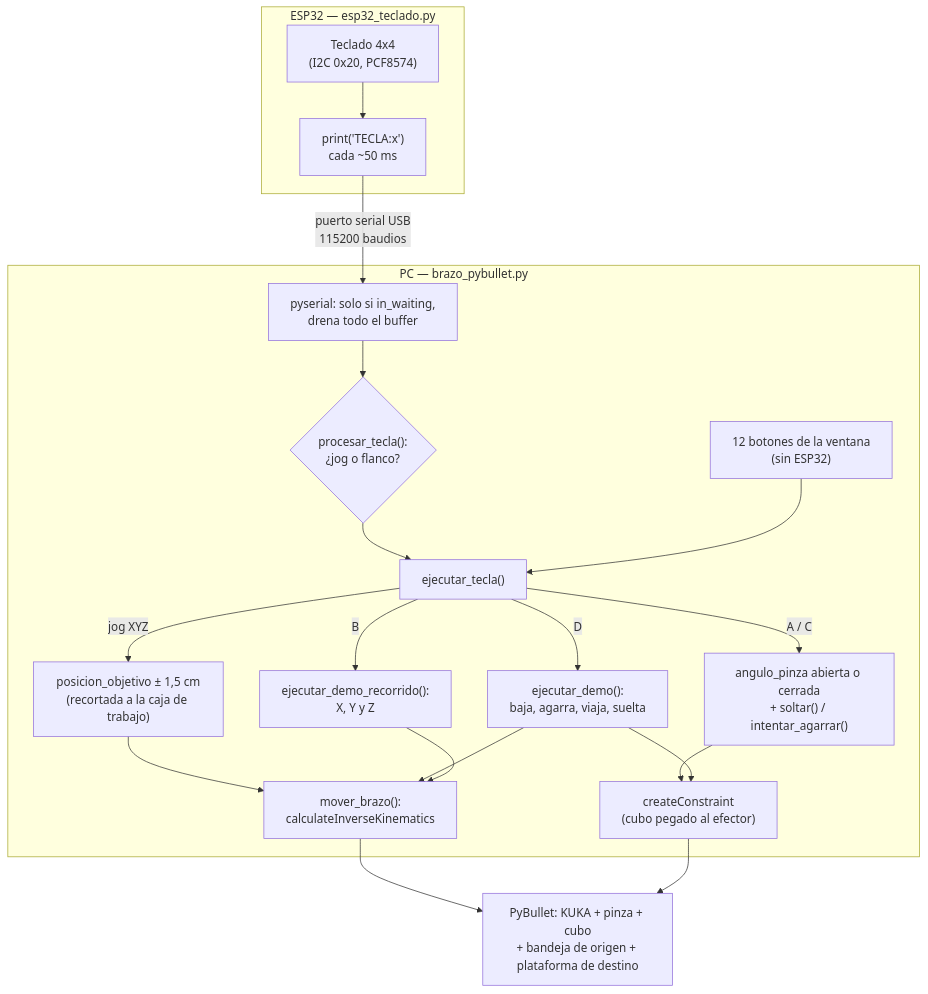
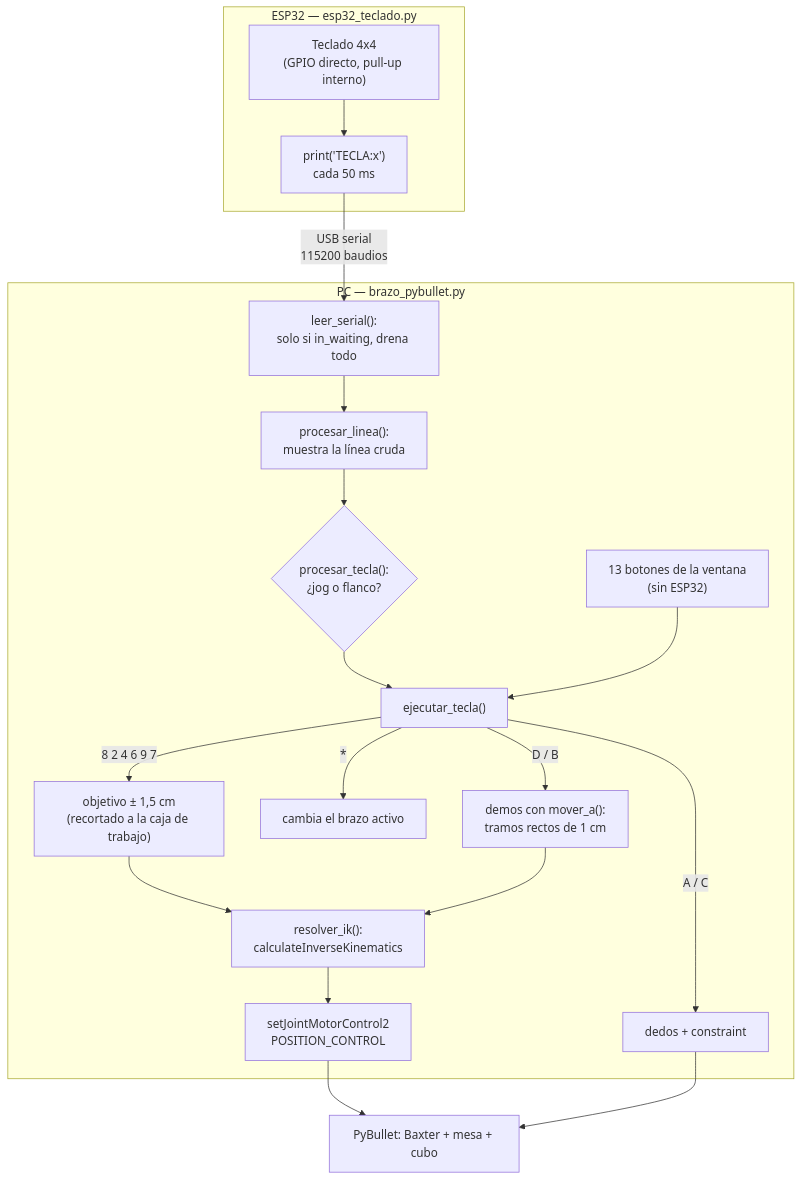
The first of 2 diagrams in 9-taller-segundo-corte/punto-b-brazo-tipo-baxter/README.md (Dathinel/Sensores-Teoria), drawn with Mermaid before and after one commit. The commit also changed other lines of this file and 34 other files, not shown here.

First line of the commit message:
Taller segundo corte: Baxter y Atlas reales, teclado por GPIO, videos y montaje

````diff
--- a/9-taller-segundo-corte/punto-b-brazo-tipo-baxter/README.md
+++ b/9-taller-segundo-corte/punto-b-brazo-tipo-baxter/README.md
@@ -67,26 +175,25 @@
 ```mermaid
 flowchart TD
     subgraph ESP["ESP32 — esp32_teclado.py"]
-        Teclado["Teclado 4x4<br/>(I2C 0x20, PCF8574)"] --> Envia["print('TECLA:x')<br/>cada ~50 ms"]
+        Teclado["Teclado 4x4<br/>(GPIO directo, pull-up interno)"] --> Envia["print('TECLA:x')<br/>cada 50 ms"]
     end
 
-    Envia -->|"puerto serial USB<br/>115200 baudios"| Recibe
+    Envia -->|"USB serial<br/>115200 baudios"| Recibe
 
     subgraph PC["PC — brazo_pybullet.py"]
-        Recibe["pyserial: solo si in_waiting,<br/>drena todo el buffer"] --> Procesa{"procesar_tecla():<br/>¿jog o flanco?"}
+        Recibe["leer_serial():<br/>solo si in_waiting, drena todo"] --> Linea["procesar_linea():<br/>muestra la línea cruda"]
+        Linea --> Procesa{"procesar_tecla():<br/>¿jog o flanco?"}
         Procesa --> Ejecuta["ejecutar_tecla()"]
-        Botones["12 botones de la ventana<br/>(sin ESP32)"] --> Ejecuta
-        Ejecuta -->|"jog XYZ"| Objetivo["posicion_objetivo ± 1,5 cm<br/>(recortada a la caja de trabajo)"]
-        Ejecuta -->|"A / C"| Pinza["angulo_pinza abierta o cerrada<br/>+ soltar() / intentar_agarrar()"]
-        Ejecuta -->|"D"| Demo["ejecutar_demo():<br/>baja, agarra, viaja, suelta"]
-        Ejecuta -->|"B"| Recorrido["ejecutar_demo_recorrido():<br/>X, Y y Z"]
-        Objetivo --> IK["mover_brazo():<br/>calculateInverseKinematics"]
-        Pinza --> Constraint["createConstraint<br/>(cubo pegado al efector)"]
+        Botones["13 botones de la ventana<br/>(sin ESP32)"] --> Ejecuta
+        Ejecuta -->|"8 2 4 6 9 7"| Objetivo["objetivo ± 1,5 cm<br/>(recortado a la caja de trabajo)"]
+        Ejecuta -->|"*"| Activo["cambia el brazo activo"]
+        Ejecuta -->|"A / C"| Pinza["dedos + constraint"]
+        Ejecuta -->|"D / B"| Demo["demos con mover_a():<br/>tramos rectos de 1 cm"]
+        Objetivo --> IK["resolver_ik():<br/>calculateInverseKinematics"]
         Demo --> IK
-        Demo --> Constraint
-        Recorrido --> IK
+        IK --> Motores["setJointMotorControl2<br/>POSITION_CONTROL"]
     end
 
-    IK --> Sim["PyBullet: KUKA + pinza + cubo<br/>+ bandeja de origen + plataforma de destino"]
-    Constraint --> Sim
+    Motores --> Sim["PyBullet: Baxter + mesa + cubo"]
+    Pinza --> Sim
 ```
````
